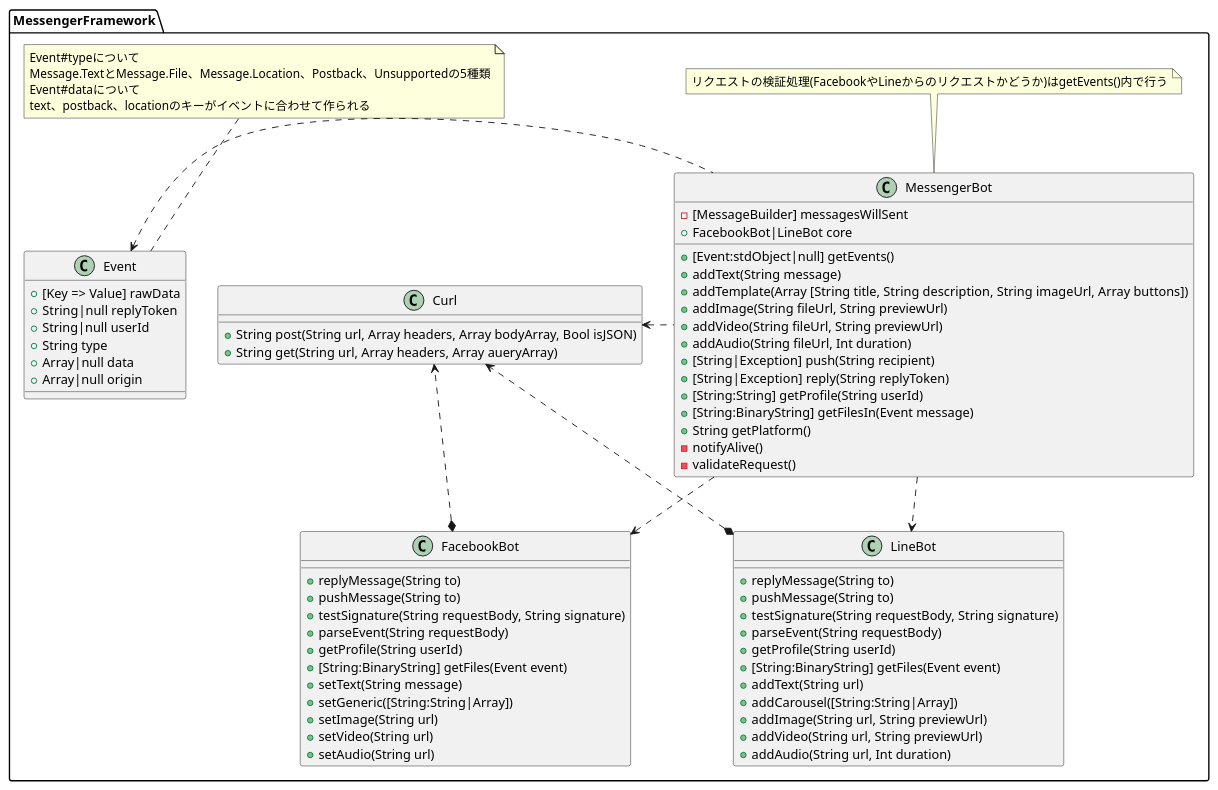
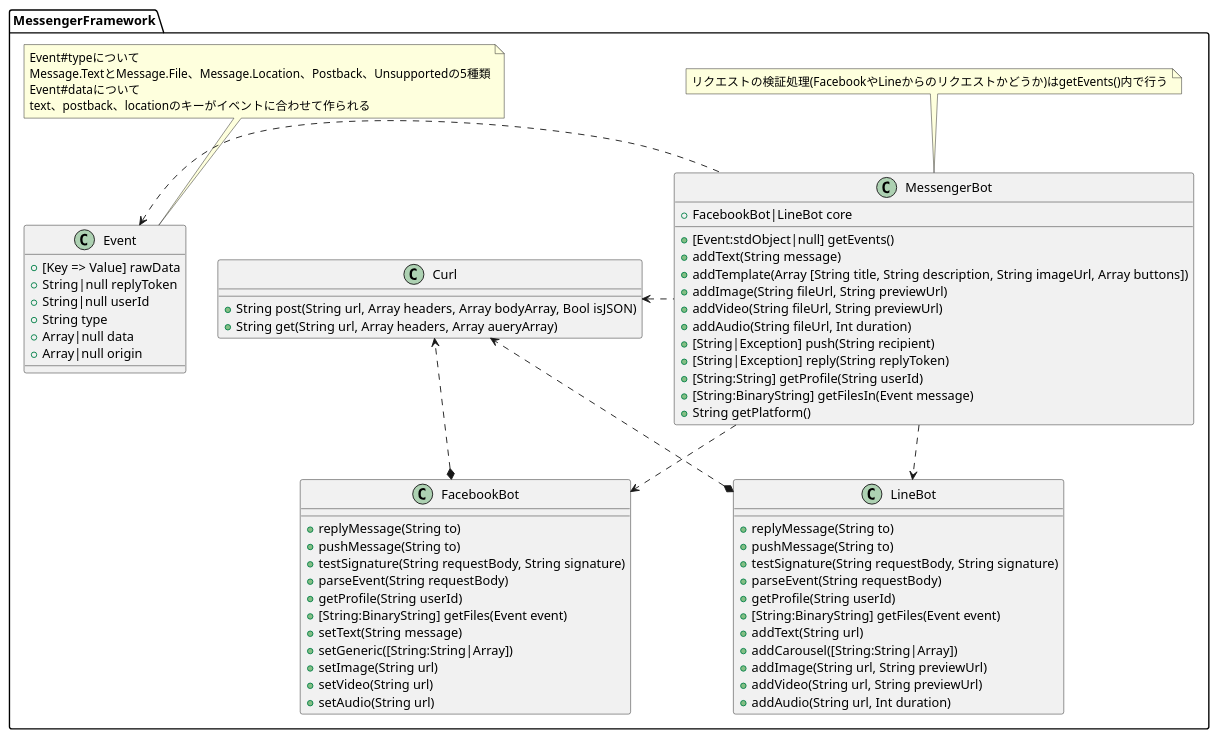
One commit to genies-inc/messenger-framework changed the diagram in docs/class-spec.puml. Above: the diagram before and after it, drawn with PlantUML.

Commit message:
Fix クラス仕様書内のいらなくなった説明を削除

```diff
--- a/docs/class-spec.puml
+++ b/docs/class-spec.puml
@@ -1,89 +1,86 @@
 @startuml
 
 namespace MessengerFramework {
 
   class Event {
     + [Key => Value] rawData
     + String|null replyToken
     + String|null userId
     + String type
     + Array|null data
     + Array|null origin
   }
 
   note top of Event
     Event#typeについて
     Message.TextとMessage.File、Message.Location、Postback、Unsupportedの5種類
     Event#dataについて
     text、postback、locationのキーがイベントに合わせて作られる
   end note
 
   class MessengerBot {
-    - [MessageBuilder] messagesWillSent
     + FacebookBot|LineBot core
     + [Event:stdObject|null] getEvents()
     + addText(String message)
     + addTemplate(Array [String title, String description, String imageUrl, Array buttons])
     + addImage(String fileUrl, String previewUrl)
     + addVideo(String fileUrl, String previewUrl)
     + addAudio(String fileUrl, Int duration)
     + [String|Exception] push(String recipient)
     + [String|Exception] reply(String replyToken)
     + [String:String] getProfile(String userId)
     + [String:BinaryString] getFilesIn(Event message)
     + String getPlatform()
-    - notifyAlive()
-    - validateRequest()
   }
 
   note top of MessengerBot
     リクエストの検証処理(FacebookやLineからのリクエストかどうか)はgetEvents()内で行う
   end note
 
   class FacebookBot {
     + replyMessage(String to)
     + pushMessage(String to)
     + testSignature(String requestBody, String signature)
     + parseEvent(String requestBody)
     + getProfile(String userId)
     + [String:BinaryString] getFiles(Event event)
     + setText(String message)
     + setGeneric([String:String|Array])
     + setImage(String url)
     + setVideo(String url)
     + setAudio(String url)
   }
 
   class LineBot {
     + replyMessage(String to)
     + pushMessage(String to)
     + testSignature(String requestBody, String signature)
     + parseEvent(String requestBody)
     + getProfile(String userId)
     + [String:BinaryString] getFiles(Event event)
     + addText(String url)
     + addCarousel([String:String|Array])
     + addImage(String url, String previewUrl)
     + addVideo(String url, String previewUrl)
     + addAudio(String url, Int duration)
   }
 
   class Curl {
     + String post(String url, Array headers, Array bodyArray, Bool isJSON)
     + String get(String url, Array headers, Array aueryArray)
   }
 
 }
 
 ' MessengerFramework内の関連
 
 MessengerFramework.MessengerBot .d.> MessengerFramework.FacebookBot
 MessengerFramework.MessengerBot .d.> MessengerFramework.LineBot
 MessengerFramework.MessengerBot .l.> MessengerFramework.Curl
 MessengerFramework.MessengerBot .l.> MessengerFramework.Event
 
 MessengerFramework.FacebookBot *..> MessengerFramework.Curl
 
 MessengerFramework.LineBot *..> MessengerFramework.Curl
 
 @enduml
```
